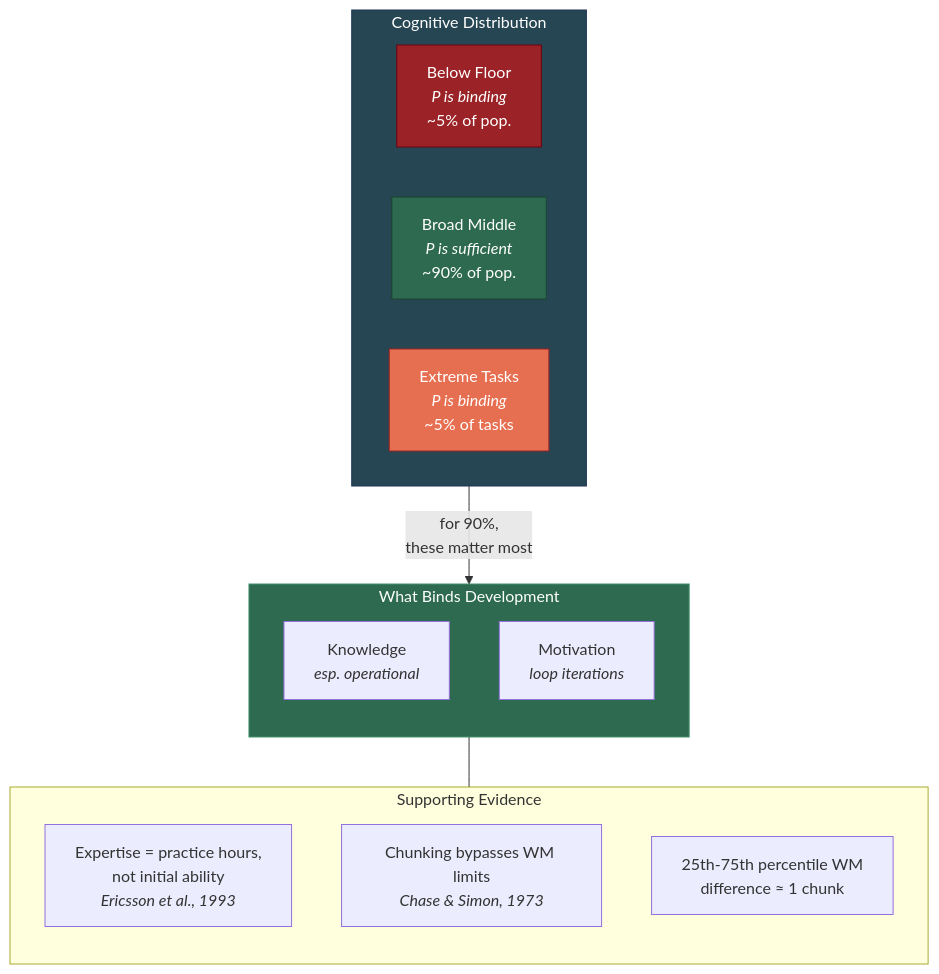
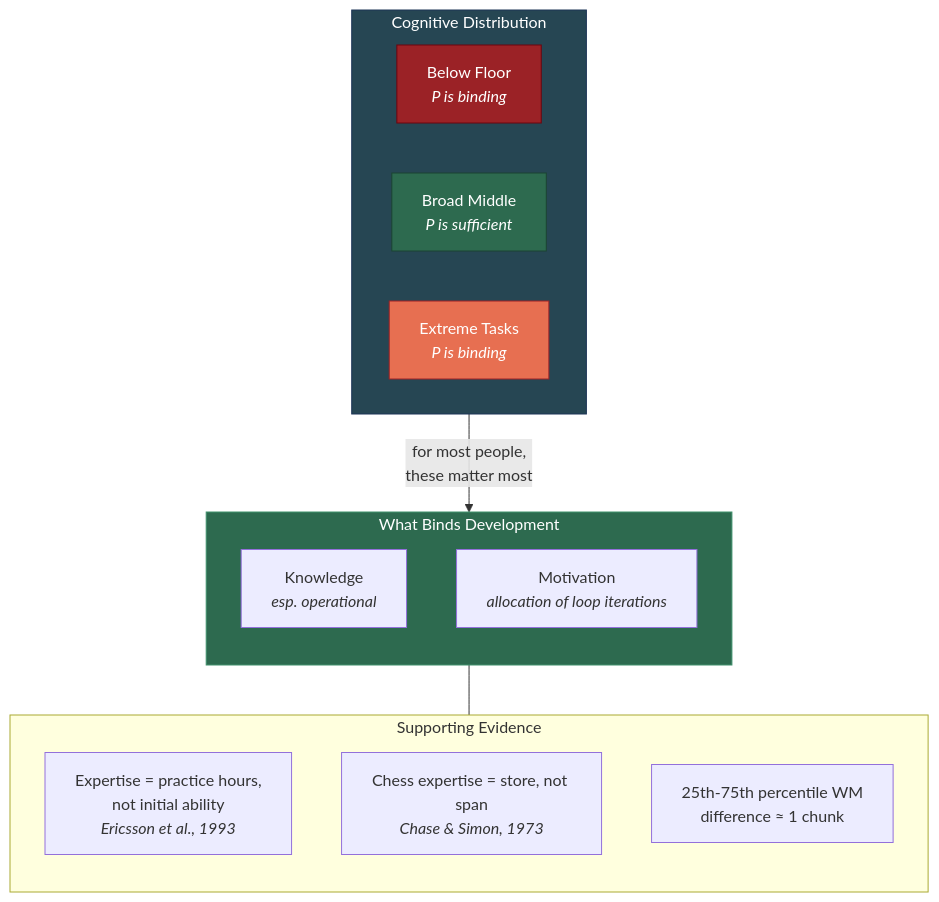
Before and after one commit to JeltzProstetnic/aIware: the diagram in wiki/intelligence/performance-not-bottleneck.md, drawn with Mermaid. The commit also changed other lines of this file and 124 other files, not shown here.

````diff
--- a/wiki/intelligence/performance-not-bottleneck.md
+++ b/wiki/intelligence/performance-not-bottleneck.md
@@ -44,32 +50,32 @@
 ```mermaid
 graph TB
     subgraph DIST["Cognitive Distribution"]
         direction LR
-        LOW["Below Floor<br/><i>P is binding</i><br/>~5% of pop."]
-        MID["Broad Middle<br/><i>P is sufficient</i><br/>~90% of pop."]
-        HIGH["Extreme Tasks<br/><i>P is binding</i><br/>~5% of tasks"]
+        LOW["Below Floor<br/><i>P is binding</i>"]
+        MID["Broad Middle<br/><i>P is sufficient</i>"]
+        HIGH["Extreme Tasks<br/><i>P is binding</i>"]
     end
 
     subgraph BINDING["What Binds Development"]
         direction TB
         K["Knowledge<br/><i>esp. operational</i>"]
-        M["Motivation<br/><i>loop iterations</i>"]
+        M["Motivation<br/><i>allocation of loop iterations</i>"]
     end
 
-    MID -->|"for 90%,<br/>these matter most"| BINDING
+    MID -->|"for most people,<br/>these matter most"| BINDING
 
     subgraph EVIDENCE["Supporting Evidence"]
         direction TB
         E1["Expertise = practice hours,<br/>not initial ability<br/><i>Ericsson et al., 1993</i>"]
-        E2["Chunking bypasses WM limits<br/><i>Chase & Simon, 1973</i>"]
+        E2["Chess expertise = store, not span<br/><i>Chase & Simon, 1973</i>"]
         E3["25th-75th percentile WM<br/>difference ≈ 1 chunk"]
     end
 
     BINDING --- EVIDENCE
 
     style DIST fill:#264653,color:#fff,stroke:#1d3557
     style MID fill:#2d6a4f,color:#fff,stroke:#1b4332
     style LOW fill:#9b2226,color:#fff,stroke:#6a040f
     style HIGH fill:#e76f51,color:#fff,stroke:#9b2226
     style BINDING fill:#2d6a4f,color:#fff,stroke:#40916c
 ```
````
